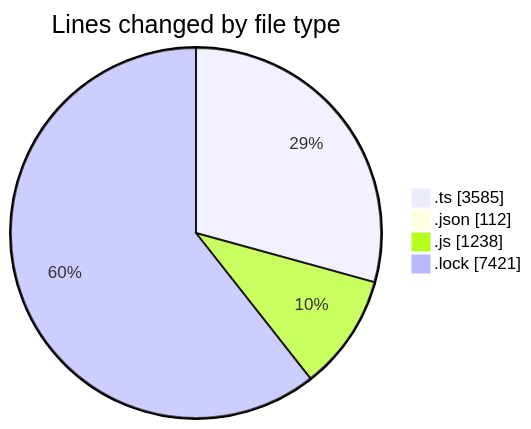
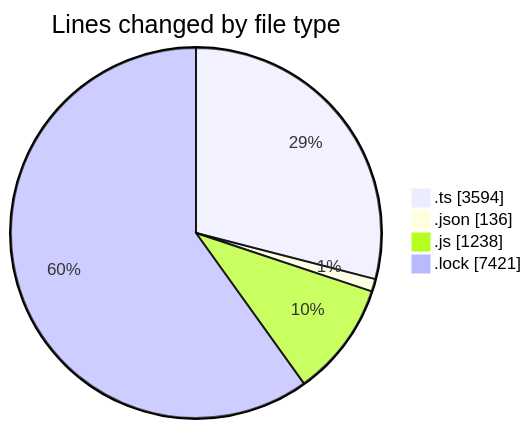
One commit to momahboobian/code-tracking changed the first of 2 diagrams in 2025-07-30/cda/README.md. Above: the diagram before and after it, drawn with Mermaid. The commit also changed other lines of this file and 1 other file, not shown here.

````diff
--- a/2025-07-30/cda/README.md
+++ b/2025-07-30/cda/README.md
@@ -28,8 +28,8 @@
 ```mermaid
 pie showData
 title Lines changed by file type
-".ts" : 3585
-".json" : 112
+".ts" : 3594
+".json" : 136
 ".js" : 1238
 ".lock" : 7421
 ```
````
